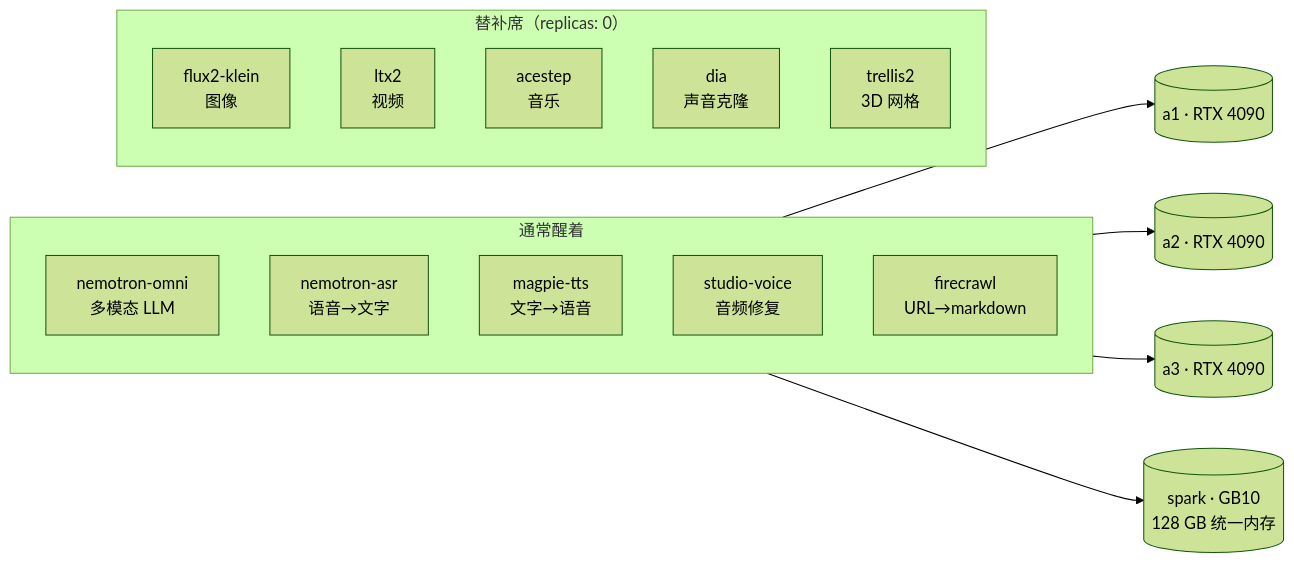
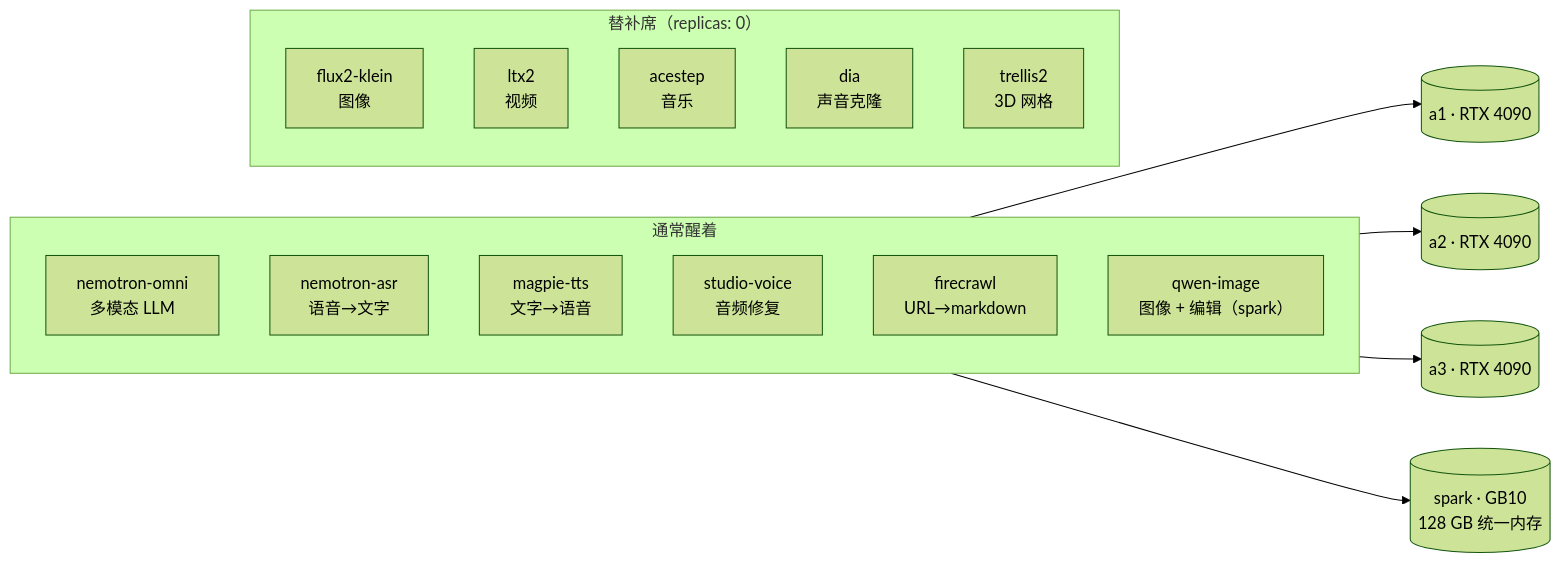
The diagram in docs-site/i18n/zh-Hans/docusaurus-plugin-content-docs/current/ai/inference-fleet.md (briancaffey/home-lab), drawn with Mermaid (forest theme) before and after one commit. The commit also changed other lines of this file and 21 other files, not shown here.

First line of the commit message:
services: Qwen-Image 2.1 on spark + inference.club image routing

````diff
--- a/docs-site/i18n/zh-Hans/docusaurus-plugin-content-docs/current/ai/inference-fleet.md
+++ b/docs-site/i18n/zh-Hans/docusaurus-plugin-content-docs/current/ai/inference-fleet.md
@@ -18,22 +18,23 @@
 ```mermaid
 flowchart LR
     subgraph active["通常醒着"]
         omni["nemotron-omni<br/>多模态 LLM"]
         asr["nemotron-asr<br/>语音→文字"]
         magpie["magpie-tts<br/>文字→语音"]
         sv["studio-voice<br/>音频修复"]
         fc["firecrawl<br/>URL→markdown"]
+        qwen["qwen-image<br/>图像 + 编辑（spark）"]
     end
     subgraph parked["替补席（replicas: 0）"]
         flux["flux2-klein<br/>图像"]
         ltx["ltx2<br/>视频"]
         ace["acestep<br/>音乐"]
         dia["dia<br/>声音克隆"]
         trellis["trellis2<br/>3D 网格"]
     end
     gpu1[("a1 · RTX 4090")]
     gpu2[("a2 · RTX 4090")]
     gpu3[("a3 · RTX 4090")]
     spark[("spark · GB10<br/>128 GB 统一内存")]
     active --> gpu1 & gpu2 & gpu3 & spark
 ```
````
